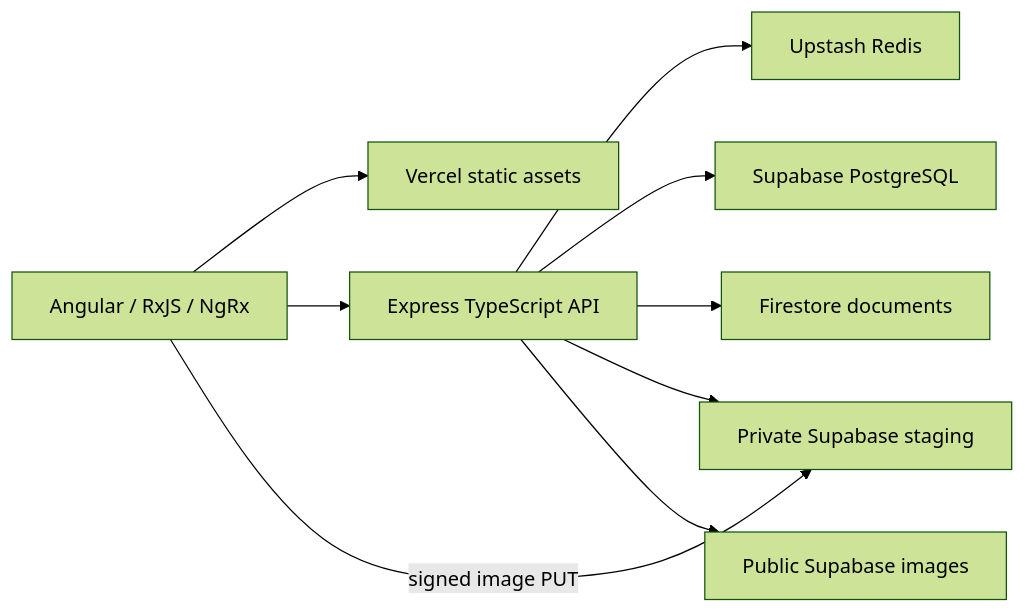
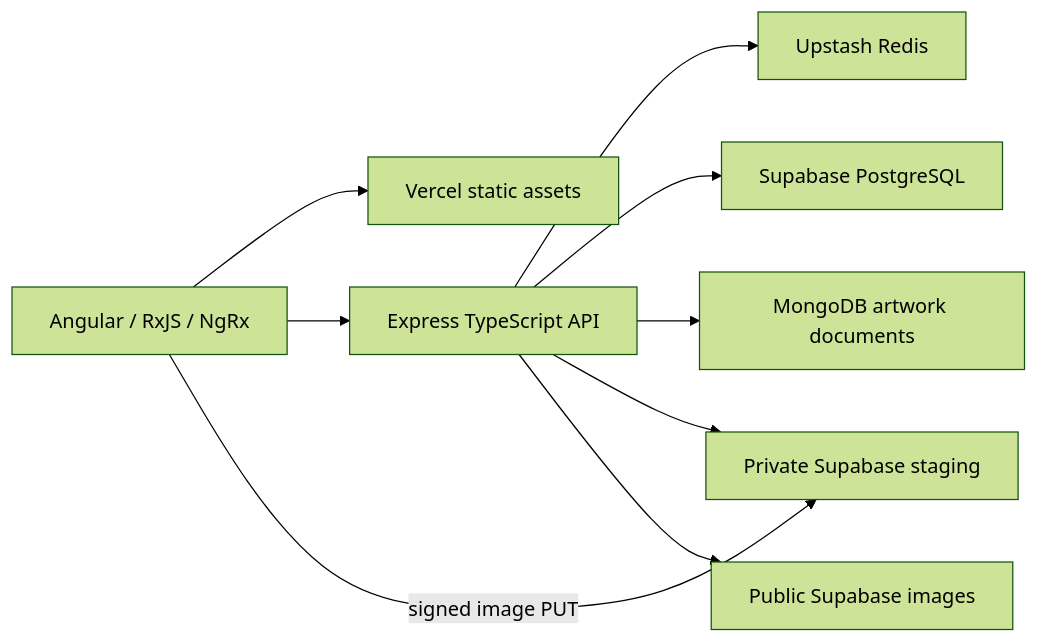
The diagram in docs/ARCHITECTURE.md (khalifehbasiri/Gallery-web-app), drawn with Mermaid (forest theme) before and after one commit. The commit also changed other lines of this file and 6 other files, not shown here.

Commit message:
docs: explain MongoDB architecture and verified cloud cutover

````diff
--- a/docs/ARCHITECTURE.md
+++ b/docs/ARCHITECTURE.md
@@ -5,11 +5,11 @@
 ```mermaid
 flowchart LR
   Browser[Angular / RxJS / NgRx] --> CDN[Vercel static assets]
   Browser --> API[Express TypeScript API]
   Browser -->|signed image PUT| Staging[Private Supabase staging]
   API --> Redis[Upstash Redis]
   API --> SQL[Supabase PostgreSQL]
-  API --> Docs[Firestore documents]
+  API --> Docs[MongoDB artwork documents]
   API --> Staging
   API --> Images[Public Supabase images]
 ```
````
